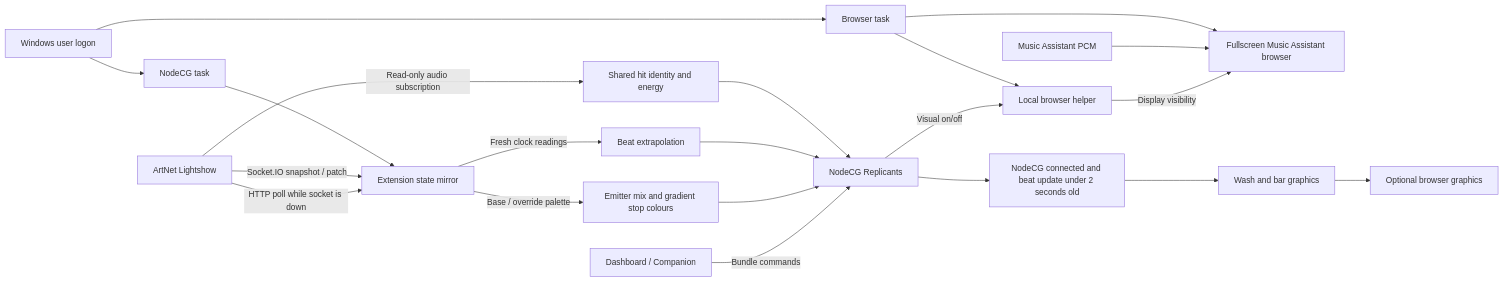
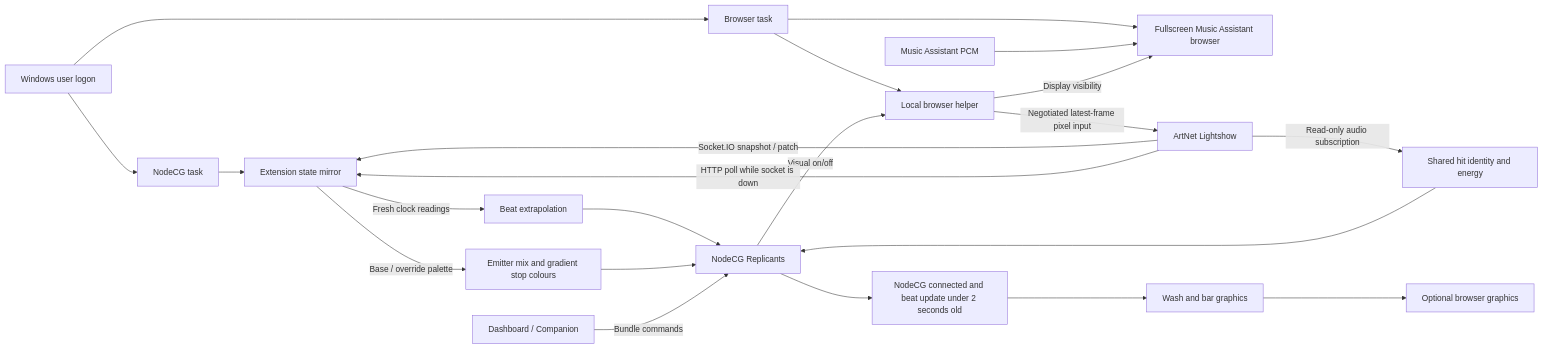
One commit to tyclab/party-visuals changed the diagram in README.md. Above: the diagram before and after it, drawn with Mermaid. The commit also changed other lines of this file and 2 other files, not shown here.

````diff
--- a/README.md
+++ b/README.md
@@ -281,23 +288,24 @@
 ```mermaid
 flowchart LR
   Logon[Windows user logon] --> NodeTask[NodeCG task]
   NodeTask --> Mirror
   Logon --> BrowserTask[Browser task]
   BrowserTask --> Browser[Fullscreen Music Assistant browser]
   Music[Music Assistant PCM] --> Browser
   BrowserTask --> Helper[Local browser helper]
+  Helper -->|Negotiated latest-frame pixel input| Lightshow
   Replicants -->|Visual on/off| Helper
   Helper -->|Display visibility| Browser
   Lightshow[ArtNet Lightshow] -->|Socket.IO snapshot / patch| Mirror[Extension state mirror]
   Lightshow -->|HTTP poll while socket is down| Mirror
   Lightshow -->|Read-only audio subscription| Audio[Shared hit identity and energy]
   Audio --> Replicants
   Mirror -->|Fresh clock readings| Clock[Beat extrapolation]
   Mirror -->|Base / override palette| Colours[Emitter mix and gradient stop colours]
   Clock --> Replicants[NodeCG Replicants]
   Colours --> Replicants
   Replicants --> Fresh[NodeCG connected and beat update under 2 seconds old]
   Fresh --> Graphics[Wash and bar graphics]
   Graphics --> Optional[Optional browser graphics]
   Controls[Dashboard / Companion] -->|Bundle commands| Replicants
 ```
````
